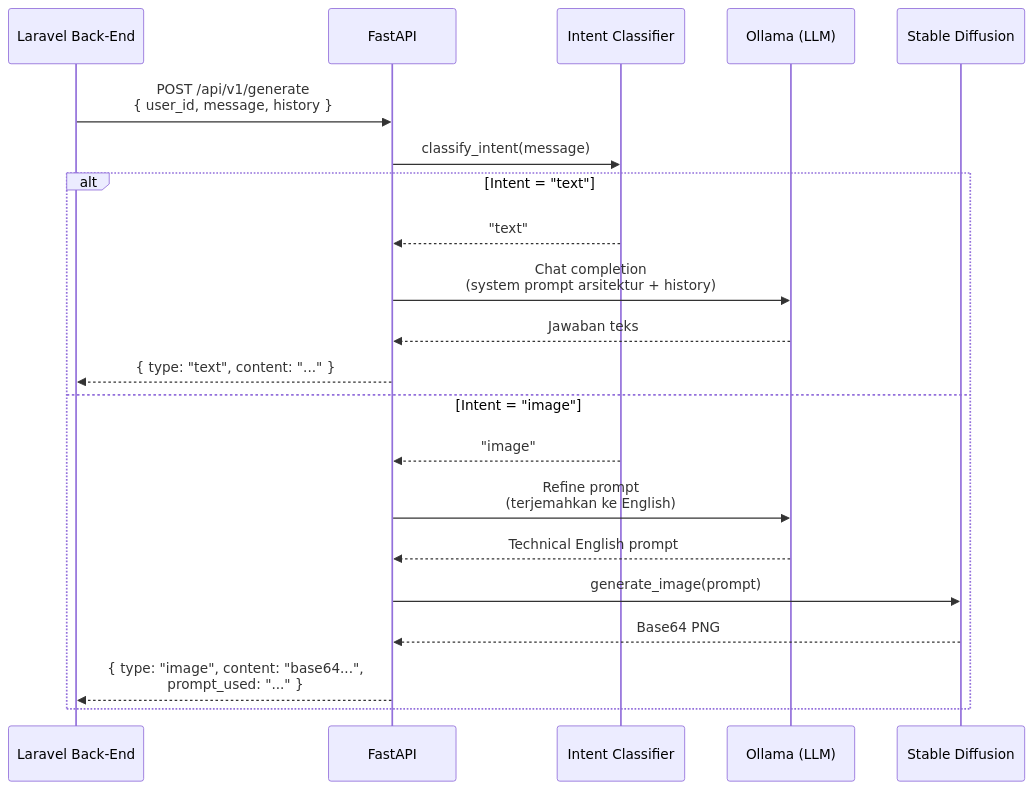
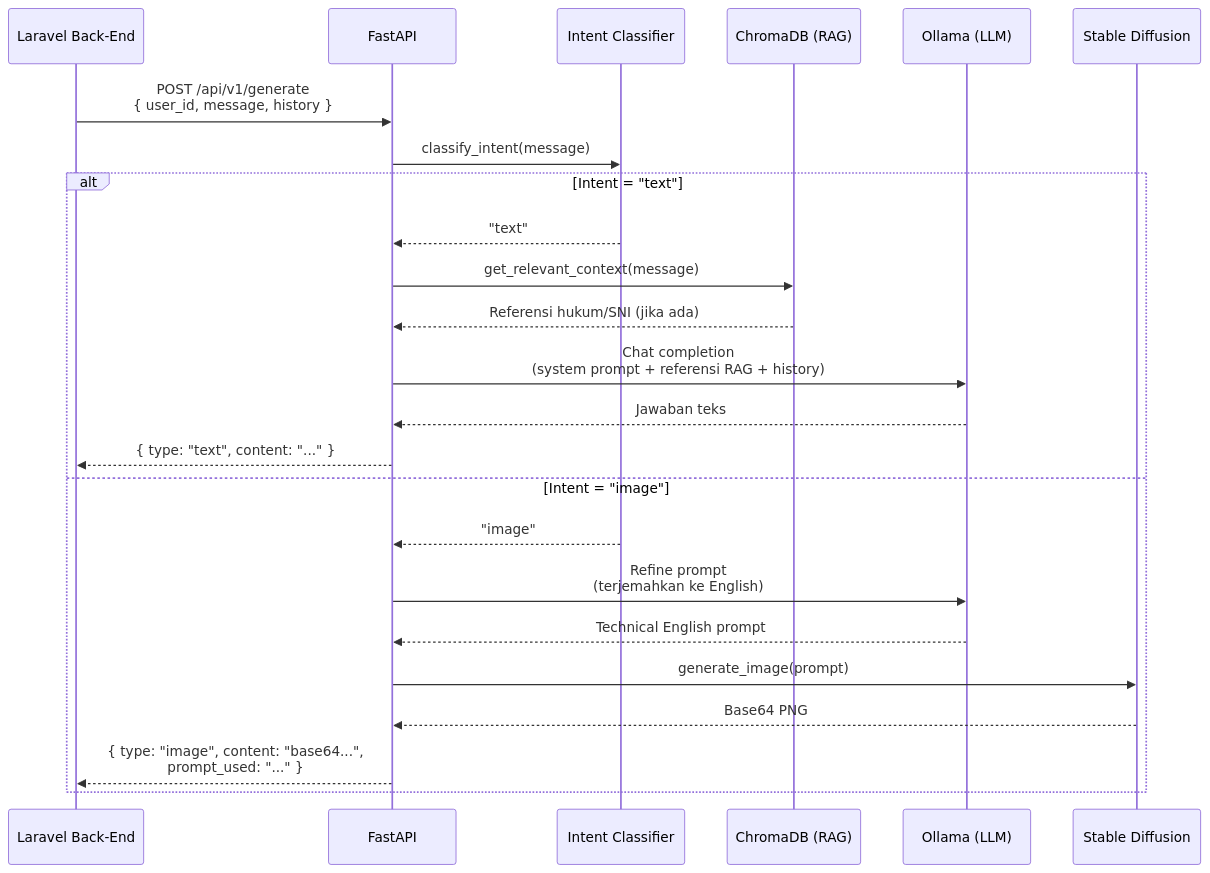
Before and after one commit to Azzizag/halositek-ai-service: the diagram in ARCHITECTURE.md, drawn with Mermaid. The commit also changed other lines of this file and 6 other files, not shown here.

Commit message:
feat: Menambahkan sistem RAG dengan LangChain dan ChromaDB

````diff
--- a/ARCHITECTURE.md
+++ b/ARCHITECTURE.md
@@ -87,26 +78,29 @@
 ```mermaid
 sequenceDiagram
     participant L as Laravel Back-End
     participant F as FastAPI
     participant IC as Intent Classifier
+    participant RAG as ChromaDB (RAG)
     participant O as Ollama (LLM)
     participant SD as Stable Diffusion
 
     L->>F: POST /api/v1/generate<br/>{ user_id, message, history }
 
     F->>IC: classify_intent(message)
 
     alt Intent = "text"
         IC-->>F: "text"
-        F->>O: Chat completion<br/>(system prompt arsitektur + history)
+        F->>RAG: get_relevant_context(message)
+        RAG-->>F: Referensi hukum/SNI (jika ada)
+        F->>O: Chat completion<br/>(system prompt + referensi RAG + history)
         O-->>F: Jawaban teks
         F-->>L: { type: "text", content: "..." }
     else Intent = "image"
         IC-->>F: "image"
         F->>O: Refine prompt<br/>(terjemahkan ke English)
         O-->>F: Technical English prompt
         F->>SD: generate_image(prompt)
         SD-->>F: Base64 PNG
         F-->>L: { type: "image", content: "base64...",<br/>prompt_used: "..." }
     end
 ```
````
